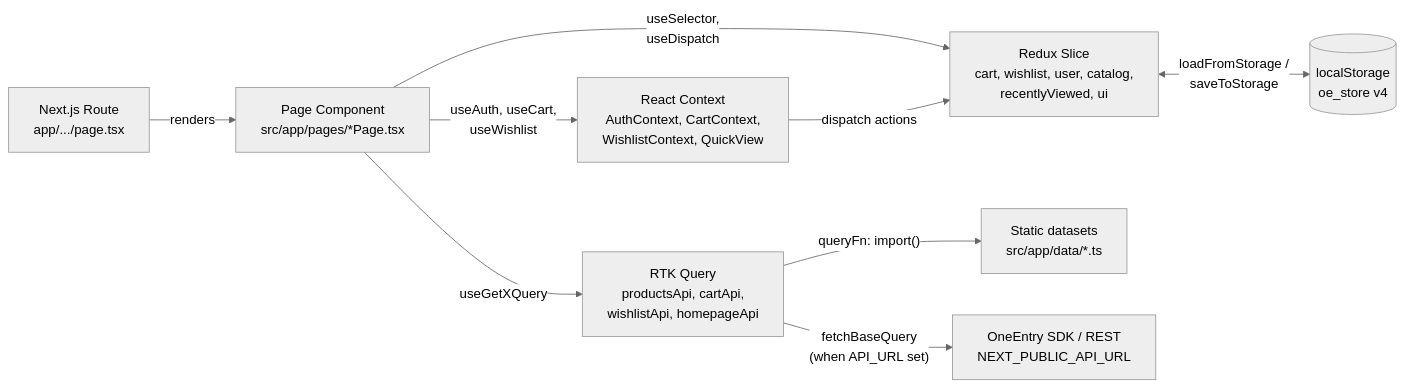
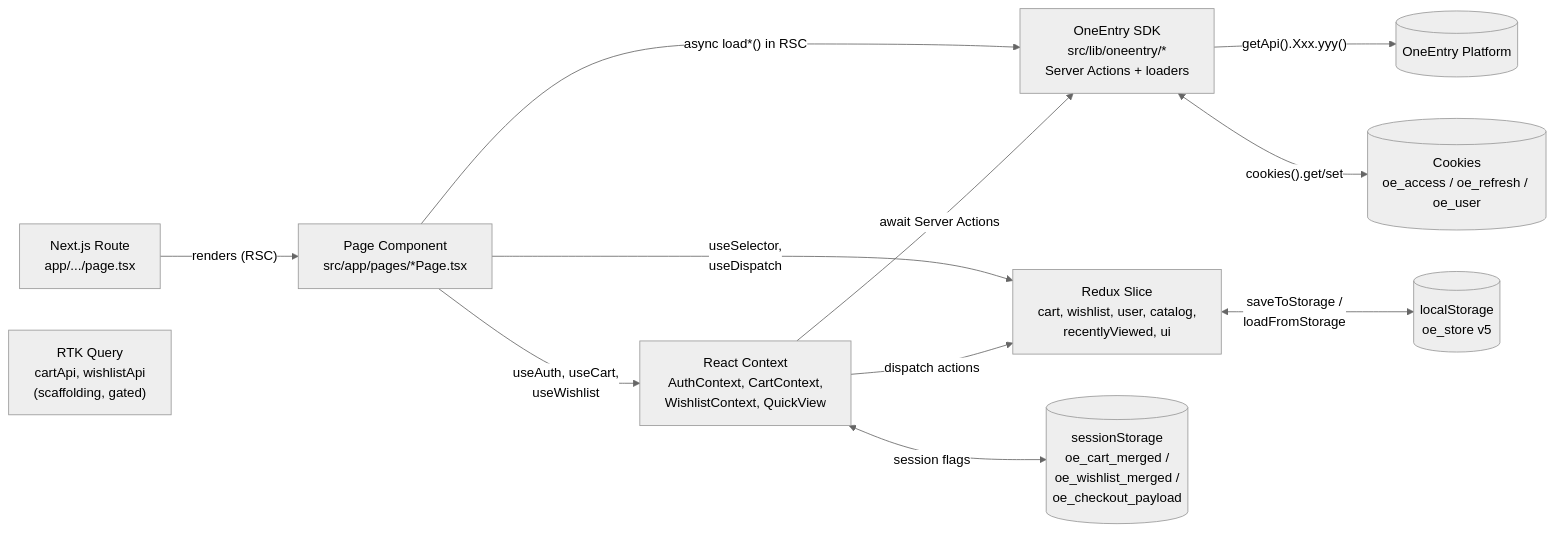
The diagram in docs/ARCHITECTURE.md (ONEENTRY-PLATFORM/nextjs-fashion-store), drawn with Mermaid (neutral theme) before and after one commit. The commit also changed other lines of this file and 94 other files, not shown here.

First line of the commit message:
feat: OE-driven catalog, orders, discounts + cart size fetch

````diff
--- a/docs/ARCHITECTURE.md
+++ b/docs/ARCHITECTURE.md
@@ -119,20 +142,24 @@
 ```mermaid
 flowchart LR
     Route["Next.js Route<br/>app/.../page.tsx"]
     Page["Page Component<br/>src/app/pages/*Page.tsx"]
     Ctx["React Context<br/>AuthContext, CartContext,<br/>WishlistContext, QuickView"]
     Slice["Redux Slice<br/>cart, wishlist, user, catalog,<br/>recentlyViewed, ui"]
-    RTKQ["RTK Query<br/>productsApi, cartApi,<br/>wishlistApi, homepageApi"]
-    Data["Static datasets<br/>src/app/data/*.ts"]
-    SDK["OneEntry SDK / REST<br/>NEXT_PUBLIC_API_URL"]
-    LS[("localStorage<br/>oe_store v4")]
+    RTKQ["RTK Query<br/>cartApi, wishlistApi<br/>(scaffolding, gated)"]
+    SDK["OneEntry SDK<br/>src/lib/oneentry/*<br/>Server Actions + loaders"]
+    OE[("OneEntry Platform")]
+    LS[("localStorage<br/>oe_store v5")]
+    SS[("sessionStorage<br/>oe_cart_merged /<br/>oe_wishlist_merged /<br/>oe_checkout_payload")]
+    Cookies[("Cookies<br/>oe_access / oe_refresh / oe_user")]
 
-    Route -->|"renders"| Page
+    Route -->|"renders (RSC)"| Page
+    Page -->|"async load*() in RSC"| SDK
     Page -->|"useAuth, useCart,<br/>useWishlist"| Ctx
     Page -->|"useSelector,<br/>useDispatch"| Slice
-    Page -->|"useGetXQuery"| RTKQ
     Ctx -->|"dispatch actions"| Slice
-    RTKQ -->|"queryFn: import()"| Data
-    RTKQ -->|"fetchBaseQuery<br/>(when API_URL set)"| SDK
-    Slice <-->|"loadFromStorage /<br/>saveToStorage"| LS
+    Ctx -->|"await Server Actions"| SDK
+    SDK -->|"getApi().Xxx.yyy()"| OE
+    SDK <-->|"cookies().get/set"| Cookies
+    Slice <-->|"saveToStorage /<br/>loadFromStorage"| LS
+    Ctx <-->|"session flags"| SS
 ```
````
